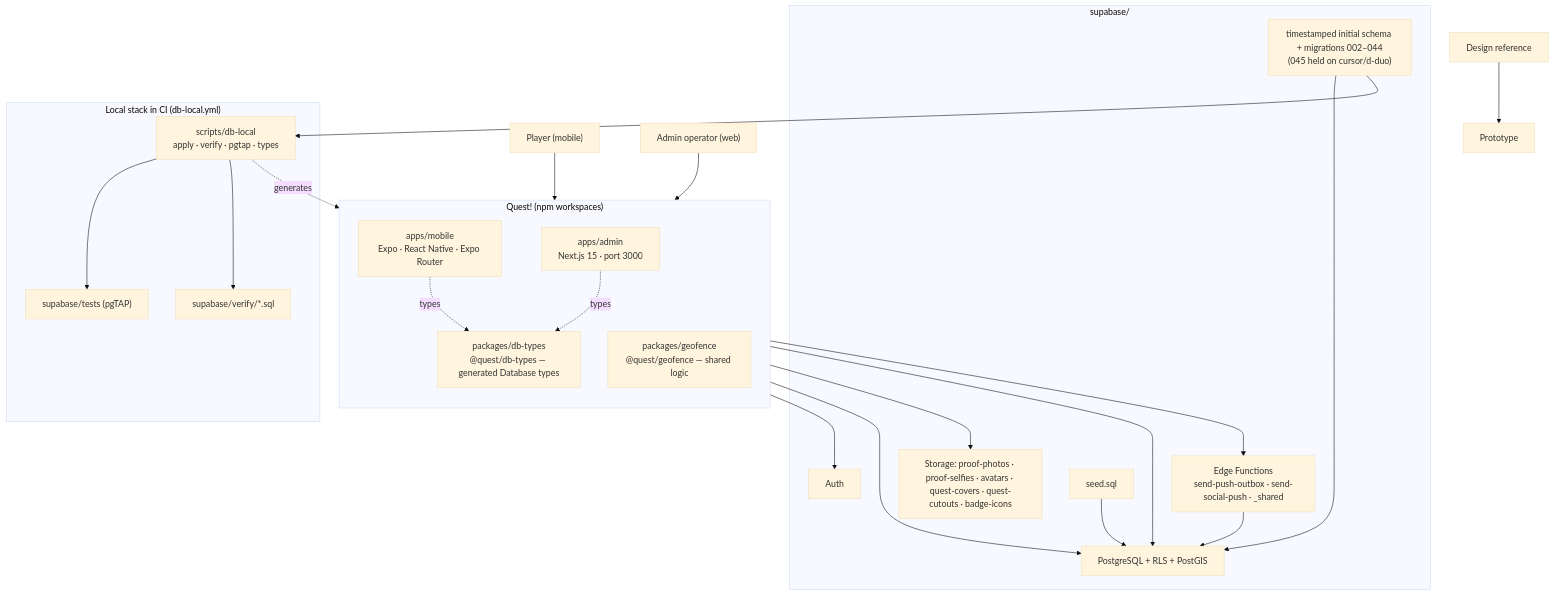
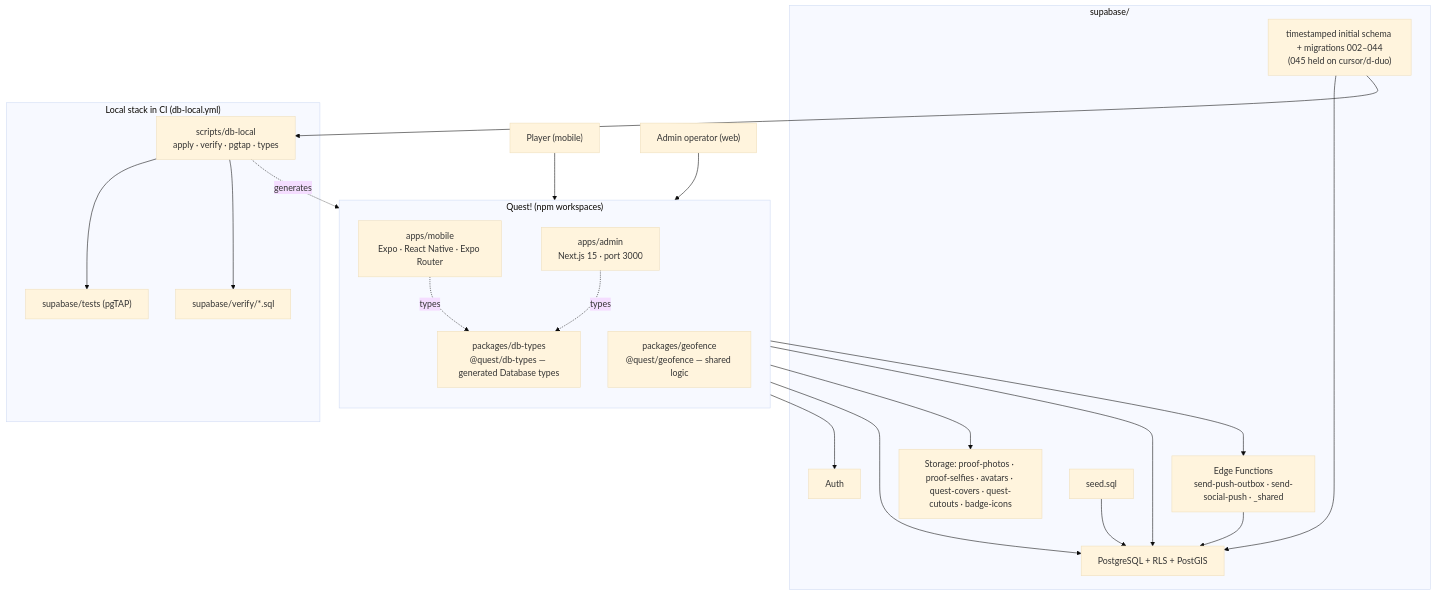
The first of 6 diagrams in ARCHITECTURE.md (Rahilyw/Quest), drawn with Mermaid (base theme) before and after one commit. The commit also changed 2 other files, not shown here.

Commit message:
docs: K1 follow-ups (Expo SDK 58, stray diagram edge, Z status)

````diff
--- a/ARCHITECTURE.md
+++ b/ARCHITECTURE.md
@@ -9,46 +9,45 @@
 ```mermaid
 flowchart TB
     subgraph Monorepo["Quest! (npm workspaces)"]
         direction TB
         Mobile["apps/mobile<br/>Expo · React Native · Expo Router"]
         Admin["apps/admin<br/>Next.js 15 · port 3000"]
         Geofence["packages/geofence<br/>@quest/geofence — shared logic"]
         DbTypes["packages/db-types<br/>@quest/db-types — generated Database types"]
     end
 
     subgraph Supabase["supabase/"]
         Auth["Auth"]
         DB["PostgreSQL + RLS + PostGIS"]
         Storage["Storage: proof-photos · proof-selfies · avatars · quest-covers · quest-cutouts · badge-icons"]
         Edge["Edge Functions<br/>send-push-outbox · send-social-push · _shared"]
         Migrations["timestamped initial schema + migrations 002–044<br/>(045 held on cursor/d-duo)"]
         Seed["seed.sql"]
     end
 
     subgraph LocalCI["Local stack in CI (db-local.yml)"]
         DbLocal["scripts/db-local<br/>apply · verify · pgtap · types"]
         Tests["supabase/tests (pgTAP)"]
         Verify["supabase/verify/*.sql"]
     end
 
     Player["Player (mobile)"] --> Mobile
     Operator["Admin operator (web)"] --> Admin
-    Designer["Design reference"] --> Prototype
 
     Mobile --> Auth
     Mobile --> DB
     Mobile --> Storage
     Admin --> DB
     Admin --> Edge
 
     Edge --> DB
     Migrations --> DB
     Seed --> DB
 
     Mobile -. types .-> DbTypes
     Admin -. types .-> DbTypes
     Migrations --> DbLocal
     DbLocal --> Tests
     DbLocal --> Verify
     DbLocal -. generates .-> DbTypes
 ```
````
